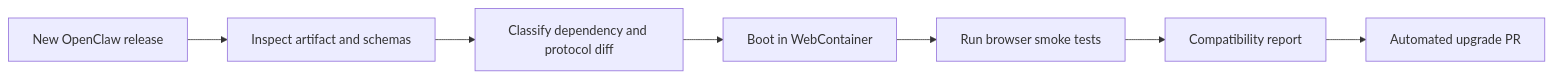
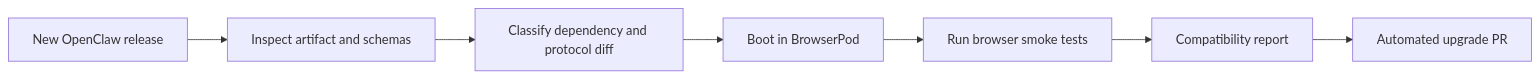
One commit to haya-inc/clawsembly changed the diagram in docs/upstream-compatibility.md. Above: the diagram before and after it, drawn with Mermaid. The commit also changed other lines of this file and 42 other files, not shown here.

Commit message:
Remove active WebContainer paths

````diff
--- a/docs/upstream-compatibility.md
+++ b/docs/upstream-compatibility.md
@@ -86,12 +86,12 @@
 ```mermaid
 flowchart LR
     Release["New OpenClaw release"]
     Inspect["Inspect artifact and schemas"]
     Diff["Classify dependency and protocol diff"]
-    Boot["Boot in WebContainer"]
+    Boot["Boot in BrowserPod"]
     Smoke["Run browser smoke tests"]
     Report["Compatibility report"]
     PR["Automated upgrade PR"]
 
     Release --> Inspect --> Diff --> Boot --> Smoke --> Report --> PR
 ```
````
